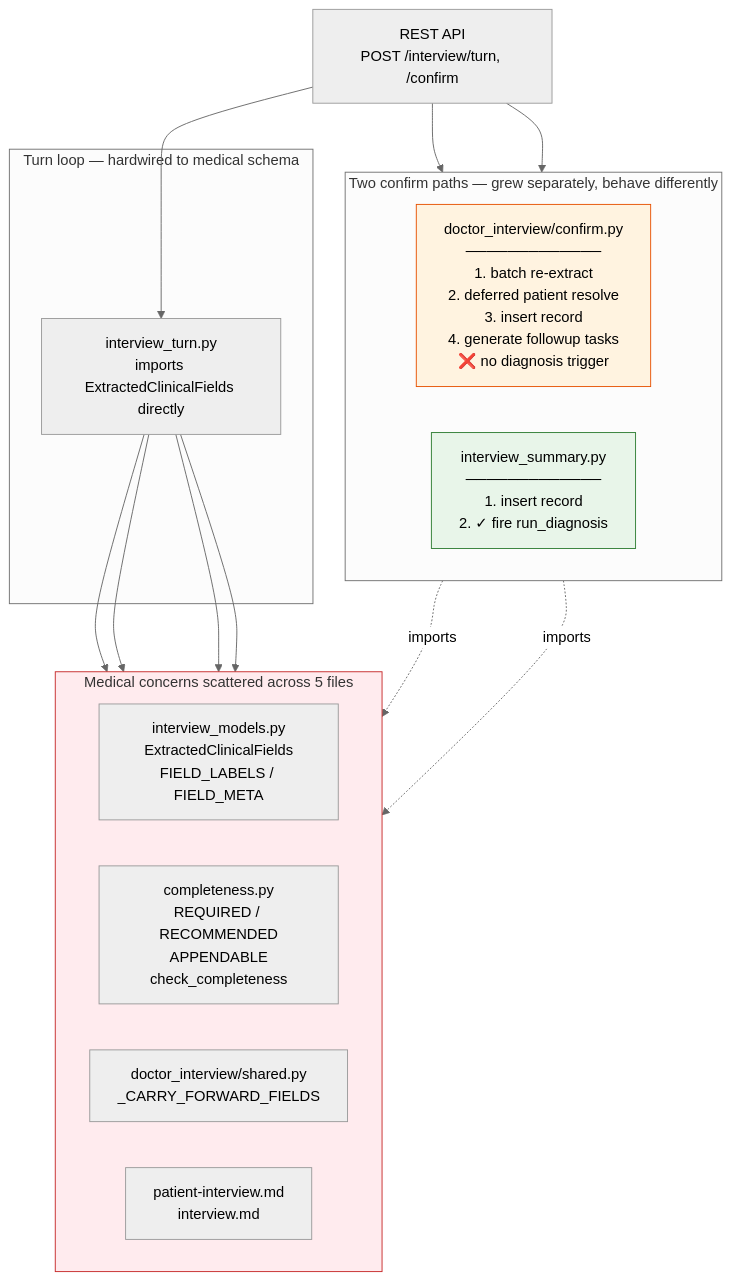
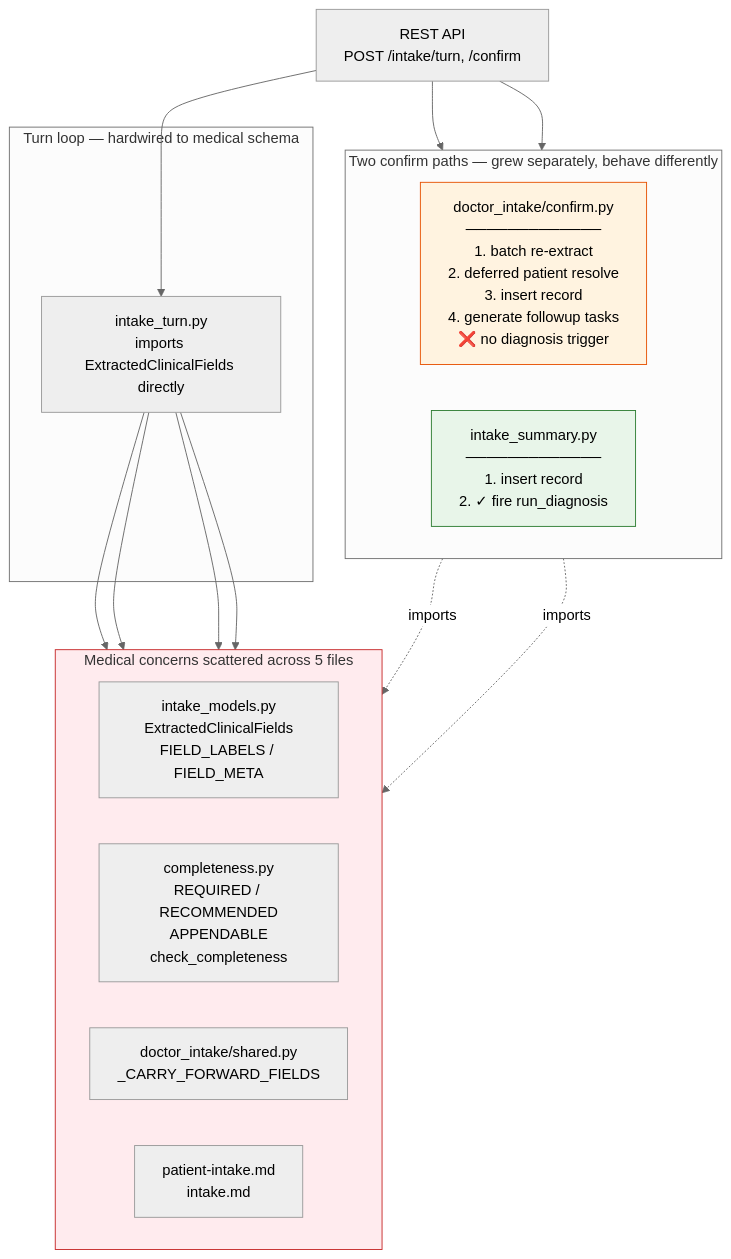
One commit to moments8890/doctor-ai-agent changed the first of 3 diagrams in docs/superpowers/specs/archived/2026-04-22-intake-pipeline-extensibility-design.md. Above: the diagram before and after it, drawn with Mermaid (neutral theme). The commit also changed other lines of this file and 337 other files, not shown here.

````diff
--- a/docs/superpowers/specs/archived/2026-04-22-intake-pipeline-extensibility-design.md
+++ b/docs/superpowers/specs/archived/2026-04-22-intake-pipeline-extensibility-design.md
@@ -172,33 +172,33 @@
 ```mermaid
 flowchart TB
-    API[REST API<br/>POST /interview/turn, /confirm]
+    API[REST API<br/>POST /intake/turn, /confirm]
 
     subgraph TurnToday["Turn loop — hardwired to medical schema"]
-        Turn[interview_turn.py<br/>imports ExtractedClinicalFields directly]
+        Turn[intake_turn.py<br/>imports ExtractedClinicalFields directly]
     end
 
     subgraph Medical["Medical concerns scattered across 5 files"]
         direction LR
-        A[interview_models.py<br/>ExtractedClinicalFields<br/>FIELD_LABELS / FIELD_META]
+        A[intake_models.py<br/>ExtractedClinicalFields<br/>FIELD_LABELS / FIELD_META]
         B[completeness.py<br/>REQUIRED / RECOMMENDED<br/>APPENDABLE<br/>check_completeness]
-        C[doctor_interview/shared.py<br/>_CARRY_FORWARD_FIELDS]
-        D[patient-interview.md<br/>interview.md]
+        C[doctor_intake/shared.py<br/>_CARRY_FORWARD_FIELDS]
+        D[patient-intake.md<br/>intake.md]
     end
 
     subgraph ConfirmPaths["Two confirm paths — grew separately, behave differently"]
         direction LR
-        CD["doctor_interview/confirm.py<br/>─────────────<br/>1. batch re-extract<br/>2. deferred patient resolve<br/>3. insert record<br/>4. generate followup tasks<br/>❌ no diagnosis trigger"]
-        CP["interview_summary.py<br/>─────────────<br/>1. insert record<br/>2. ✓ fire run_diagnosis"]
+        CD["doctor_intake/confirm.py<br/>─────────────<br/>1. batch re-extract<br/>2. deferred patient resolve<br/>3. insert record<br/>4. generate followup tasks<br/>❌ no diagnosis trigger"]
+        CP["intake_summary.py<br/>─────────────<br/>1. insert record<br/>2. ✓ fire run_diagnosis"]
     end
 
     API --> Turn
     Turn --> A & B & C & D
     API --> CD
     API --> CP
     CD -.imports.-> A
     CP -.imports.-> A
 
     style Medical fill:#ffebee,stroke:#c62828
     style CD fill:#fff3e0,stroke:#e65100
     style CP fill:#e8f5e9,stroke:#2e7d32
 ```
````
